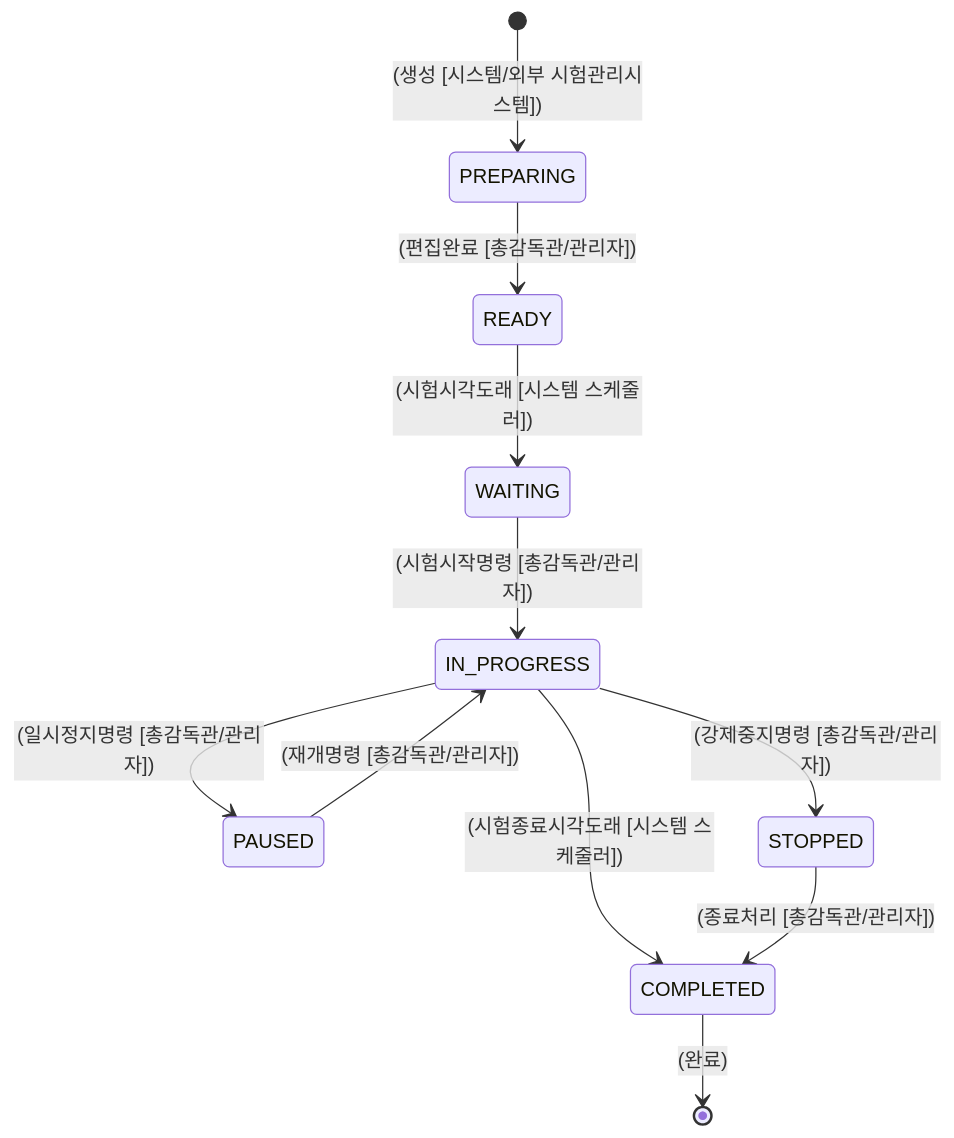
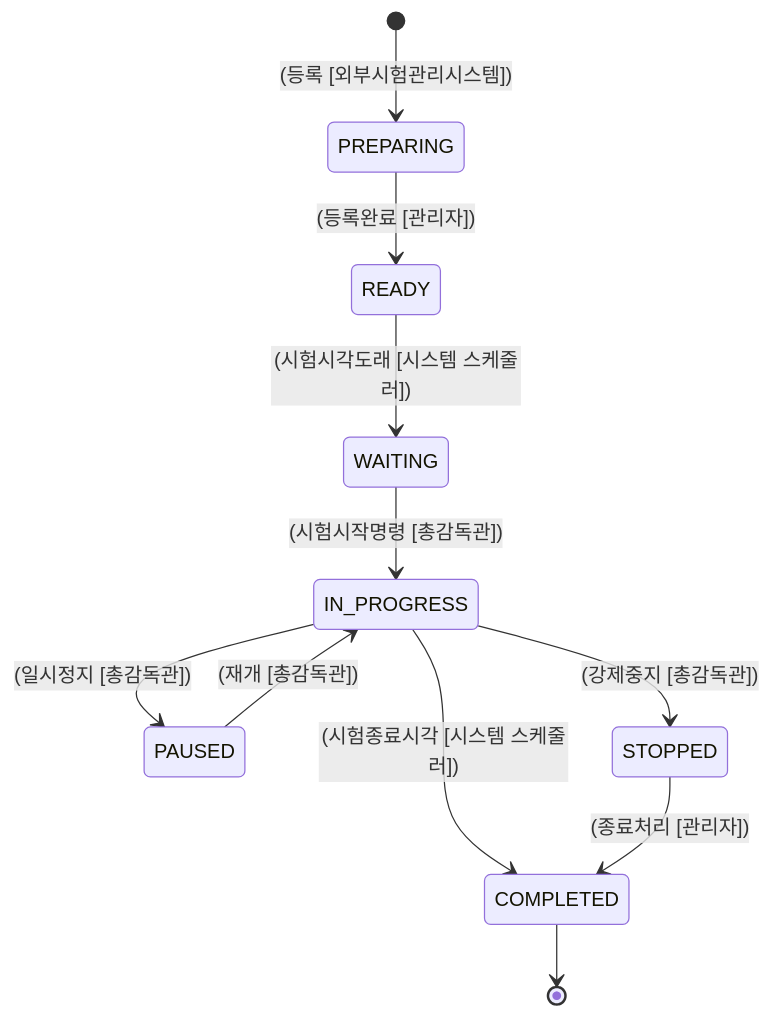
The first of 5 diagrams in 시나리오/상태/상태 명세서.md (ldmrepo/exam-arch), drawn with Mermaid before and after one commit. The commit also changed other lines of this file, not shown here.

````diff
--- a/시나리오/상태/상태 명세서.md
+++ b/시나리오/상태/상태 명세서.md
@@ -48,13 +56,13 @@
 ```mermaid
 stateDiagram-v2
-    [*] --> PREPARING : (생성 [시스템/외부 시험관리시스템])
-    PREPARING --> READY : (편집완료 [총감독관/관리자])
+    [*] --> PREPARING : (등록 [외부시험관리시스템])
+    PREPARING --> READY : (등록완료 [관리자])
     READY --> WAITING : (시험시각도래 [시스템 스케줄러])
-    WAITING --> IN_PROGRESS : (시험시작명령 [총감독관/관리자])
-    IN_PROGRESS --> PAUSED : (일시정지명령 [총감독관/관리자])
-    PAUSED --> IN_PROGRESS : (재개명령 [총감독관/관리자])
-    IN_PROGRESS --> STOPPED : (강제중지명령 [총감독관/관리자])
-    IN_PROGRESS --> COMPLETED : (시험종료시각도래 [시스템 스케줄러])
-    STOPPED --> COMPLETED : (종료처리 [총감독관/관리자])
-    COMPLETED --> [*] : (완료)
+    WAITING --> IN_PROGRESS : (시험시작명령 [총감독관])
+    IN_PROGRESS --> PAUSED : (일시정지 [총감독관])
+    PAUSED --> IN_PROGRESS : (재개 [총감독관])
+    IN_PROGRESS --> STOPPED : (강제중지 [총감독관])
+    IN_PROGRESS --> COMPLETED : (시험종료시각 [시스템 스케줄러])
+    STOPPED --> COMPLETED : (종료처리 [관리자])
+    COMPLETED --> [*]
 ```
````
